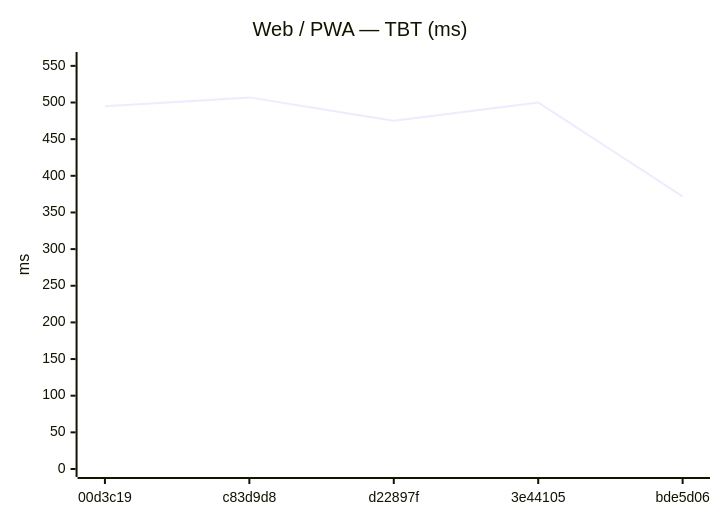
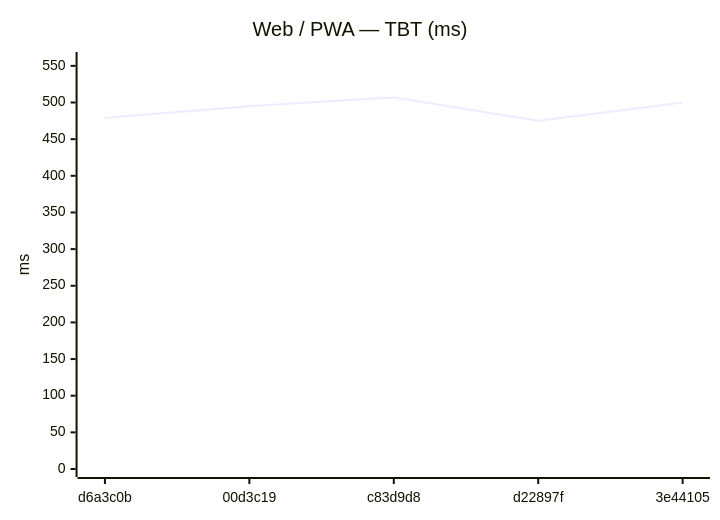
One commit to Metaheurist/Rianell changed the eighth of 18 diagrams in benchmarks/compare.md. Above: the diagram before and after it, drawn with Mermaid. The commit also changed other lines of this file and 11 other files, not shown here.

````diff
--- a/benchmarks/compare.md
+++ b/benchmarks/compare.md
@@ -124,7 +124,7 @@
 ```mermaid
 xychart-beta
     title "Web / PWA — TBT (ms)"
-    x-axis ["00d3c19", "c83d9d8", "d22897f", "3e44105", "bde5d06"]
+    x-axis ["d6a3c0b", "00d3c19", "c83d9d8", "d22897f", "3e44105"]
     y-axis "ms" 0 --> 558
-    line [495, 507, 475, 500, 372]
+    line [479, 495, 507, 475, 500]
 ```
````
